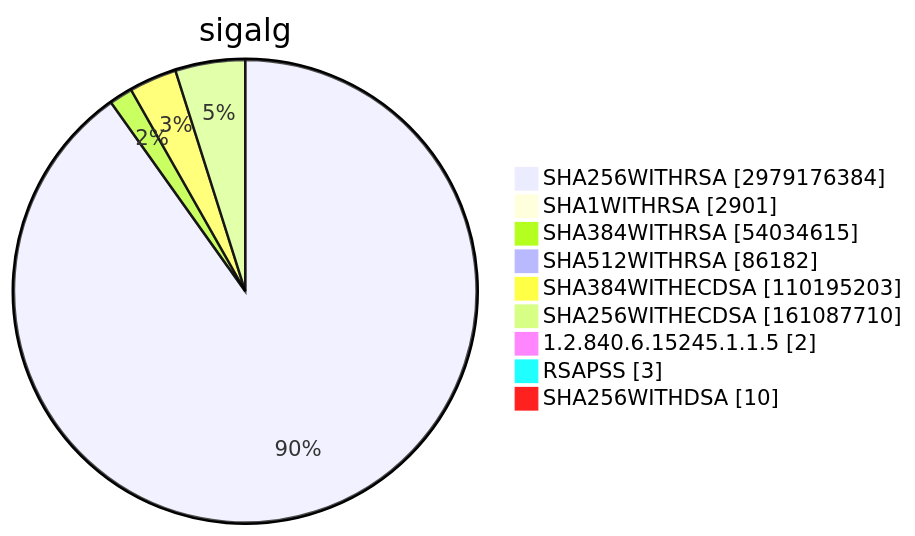
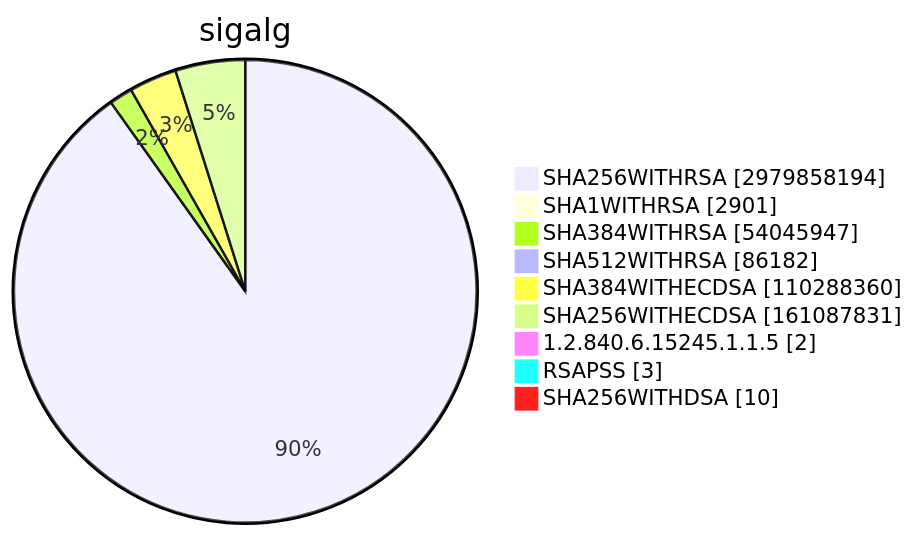
Before and after one commit to christiankrug/ctmonitor_visualization: diagram 15 of 15 in TOTAL/README.md, drawn with Mermaid. The commit also changed other lines of this file, not shown here.

````diff
--- a/TOTAL/README.md
+++ b/TOTAL/README.md
@@ -6208,13 +6208,13 @@
 ```mermaid
 pie showData
 title sigalg
-"SHA256WITHRSA" :2979176384
+"SHA256WITHRSA" :2979858194
 "SHA1WITHRSA" :2901
-"SHA384WITHRSA" :54034615
+"SHA384WITHRSA" :54045947
 "SHA512WITHRSA" :86182
-"SHA384WITHECDSA" :110195203
-"SHA256WITHECDSA" :161087710
+"SHA384WITHECDSA" :110288360
+"SHA256WITHECDSA" :161087831
 "1.2.840.6.15245.1.1.5" :2
 "RSAPSS" :3
 "SHA256WITHDSA" :10
 ```
````
